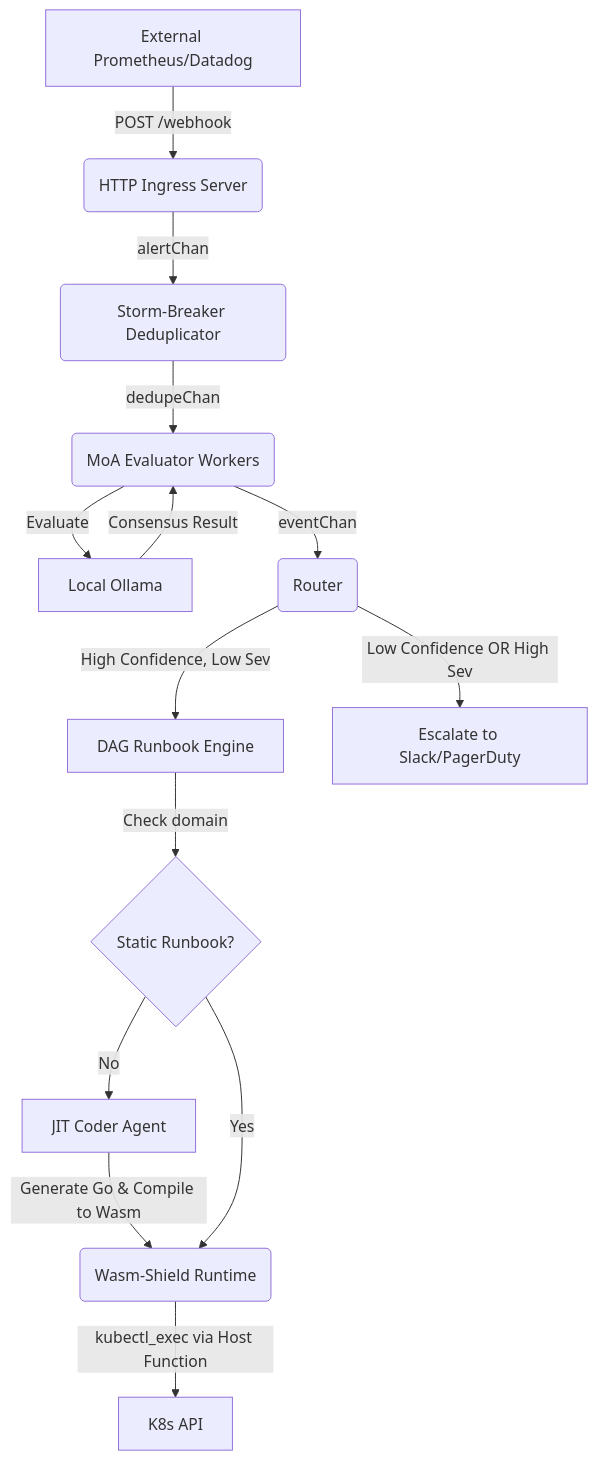
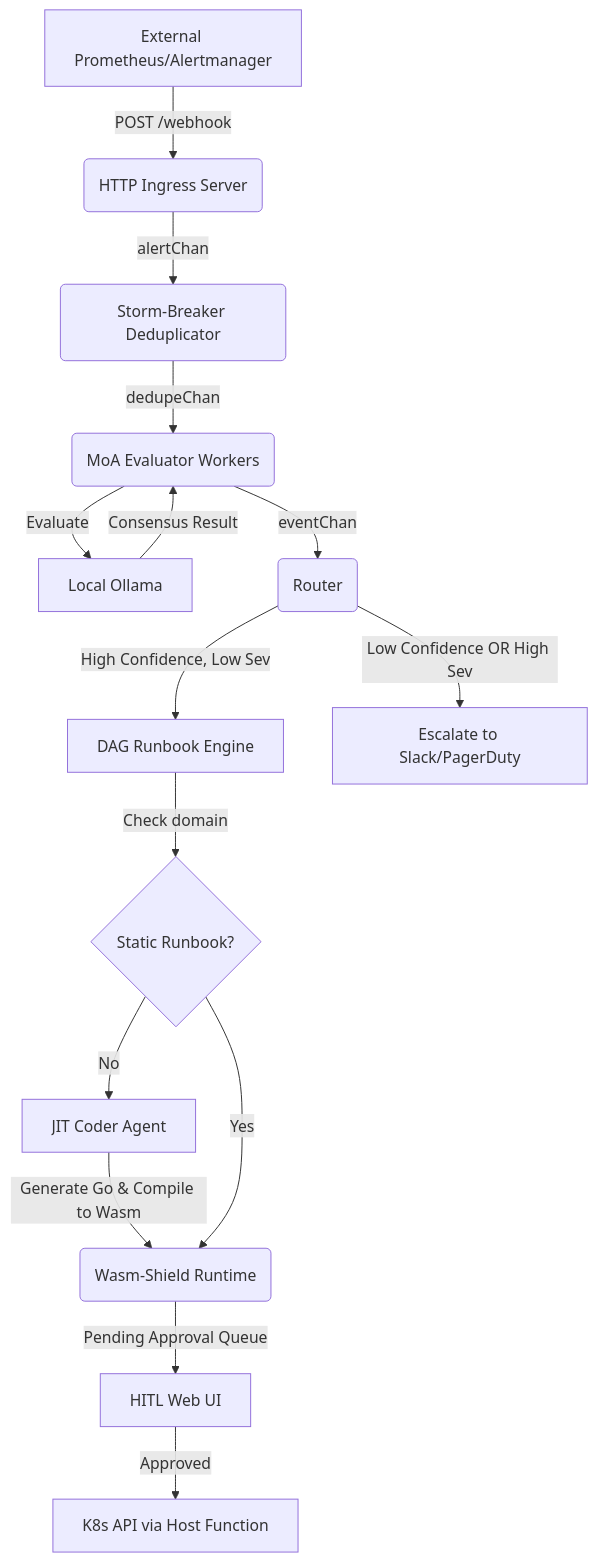
The diagram in README.md (dimpu47/Reflex), drawn with Mermaid before and after one commit. The commit also changed other lines of this file and 10 other files, not shown here.

Commit message:
feat: Add live Rollback compensation, Host Ollama bridge, and enhanced Web UI DAG telemetry

````diff
--- a/README.md
+++ b/README.md
@@ -25,16 +25,17 @@
 ```mermaid
 graph TD
-    A[External Prometheus/Datadog] -->|POST /webhook| B(HTTP Ingress Server)
+    A[External Prometheus/Alertmanager] -->|POST /webhook| B(HTTP Ingress Server)
     B -->|alertChan| S(Storm-Breaker Deduplicator)
     S -->|dedupeChan| C(MoA Evaluator Workers)
     C -->|Evaluate| Z[Local Ollama]
     Z -->|Consensus Result| C
     C -->|eventChan| D(Router)
     D -->|High Confidence, Low Sev| E[DAG Runbook Engine]
     E -->|Check domain| M{Static Runbook?}
     M -->|No| J[JIT Coder Agent]
     J -->|Generate Go & Compile to Wasm| W(Wasm-Shield Runtime)
     M -->|Yes| W
-    W -->|kubectl_exec via Host Function| K[K8s API]
+    W -->|Pending Approval Queue| U[HITL Web UI]
+    U -->|Approved| K[K8s API via Host Function]
     D -->|Low Confidence OR High Sev| G[Escalate to Slack/PagerDuty]
 ```
````
